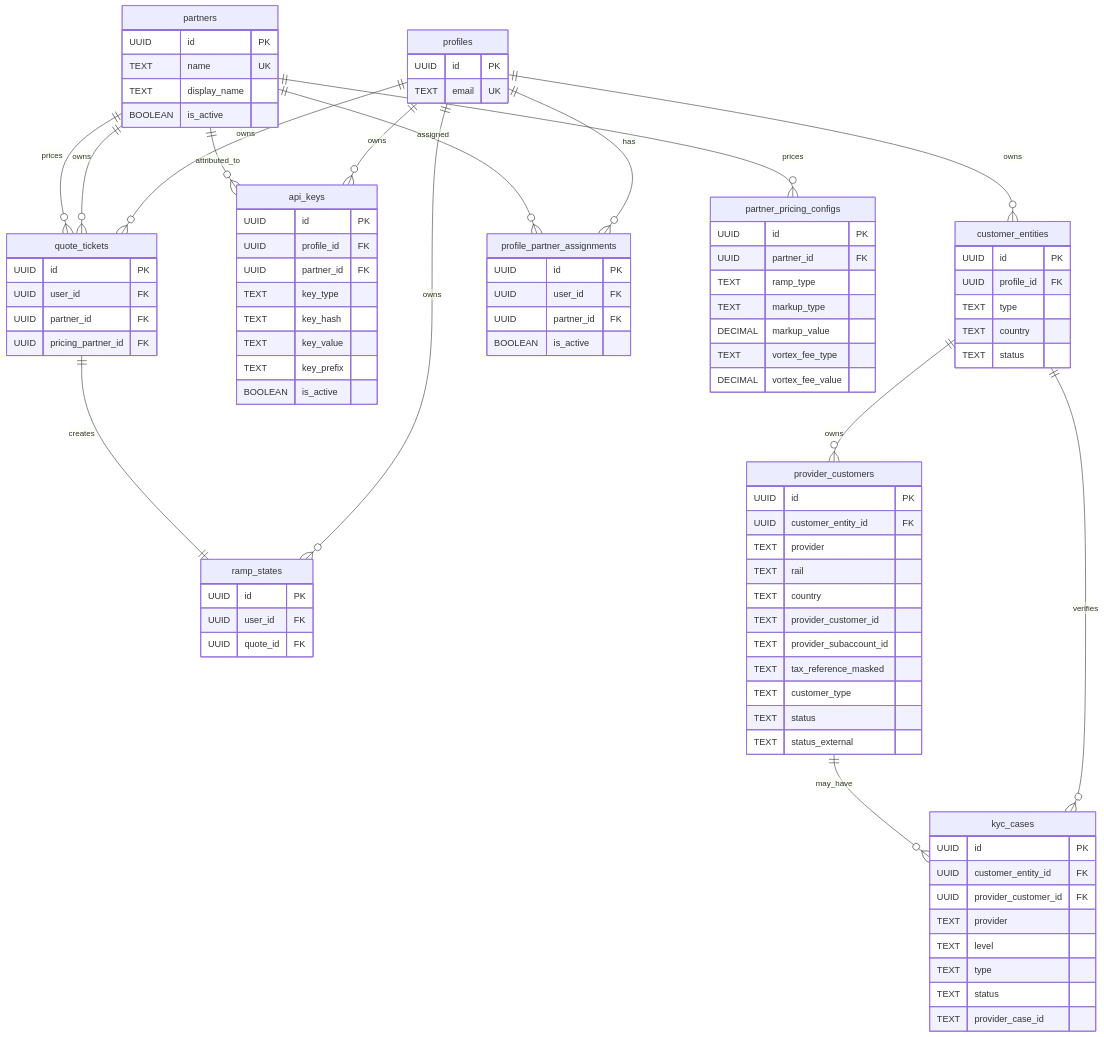
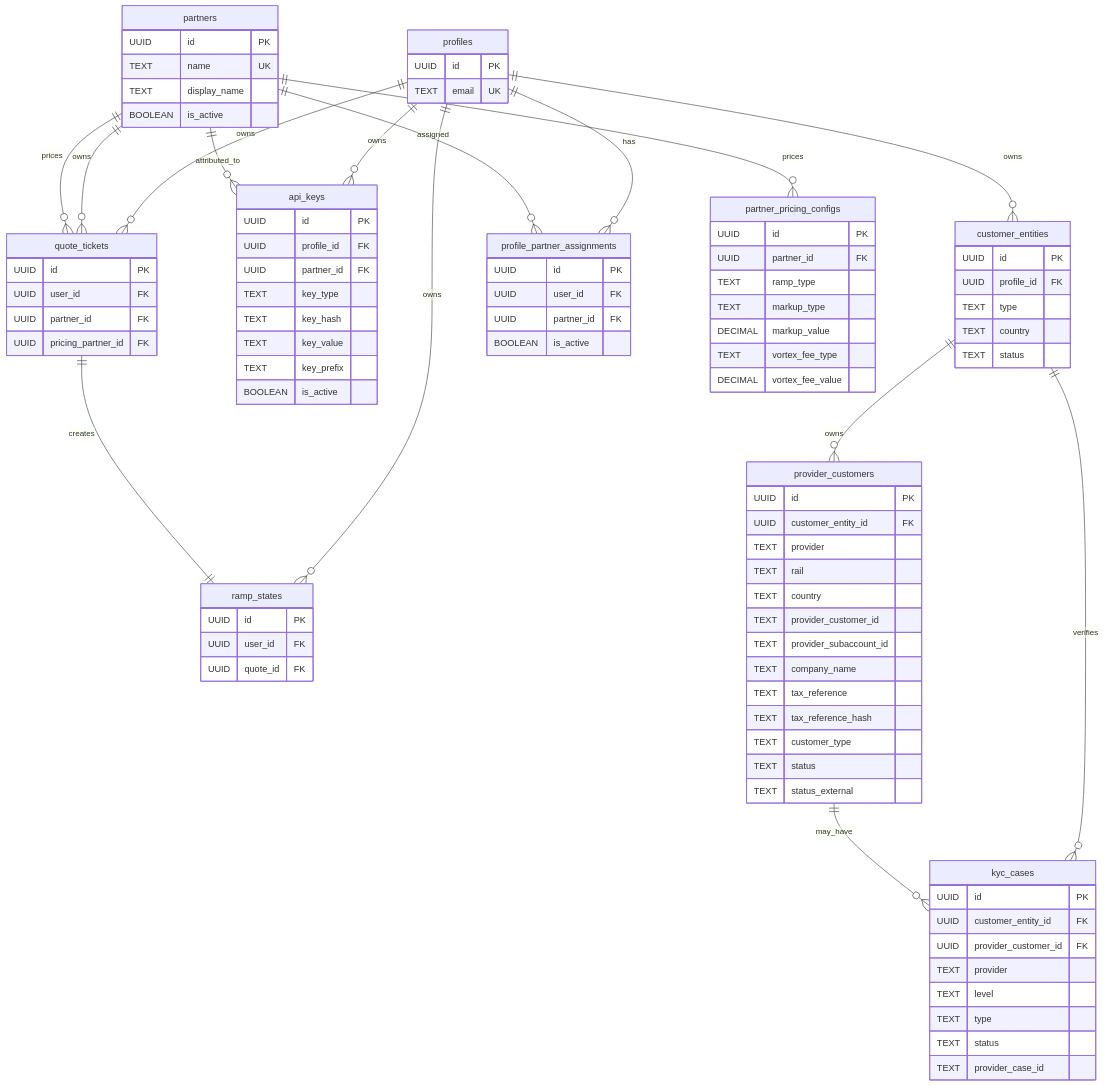
The diagram in docs/architecture/unified-user-management-schema.md (pendulum-chain/vortex), drawn with Mermaid before and after one commit. The commit also changed other lines of this file and 35 other files, not shown here.

Commit message:
new schema modifications

```diff
--- a/docs/architecture/unified-user-management-schema.md
+++ b/docs/architecture/unified-user-management-schema.md
@@ -192,7 +239,9 @@
         TEXT country
         TEXT provider_customer_id
         TEXT provider_subaccount_id
-        TEXT tax_reference_masked
+        TEXT company_name
+        TEXT tax_reference
+        TEXT tax_reference_hash
         TEXT customer_type
         TEXT status
         TEXT status_external
```
